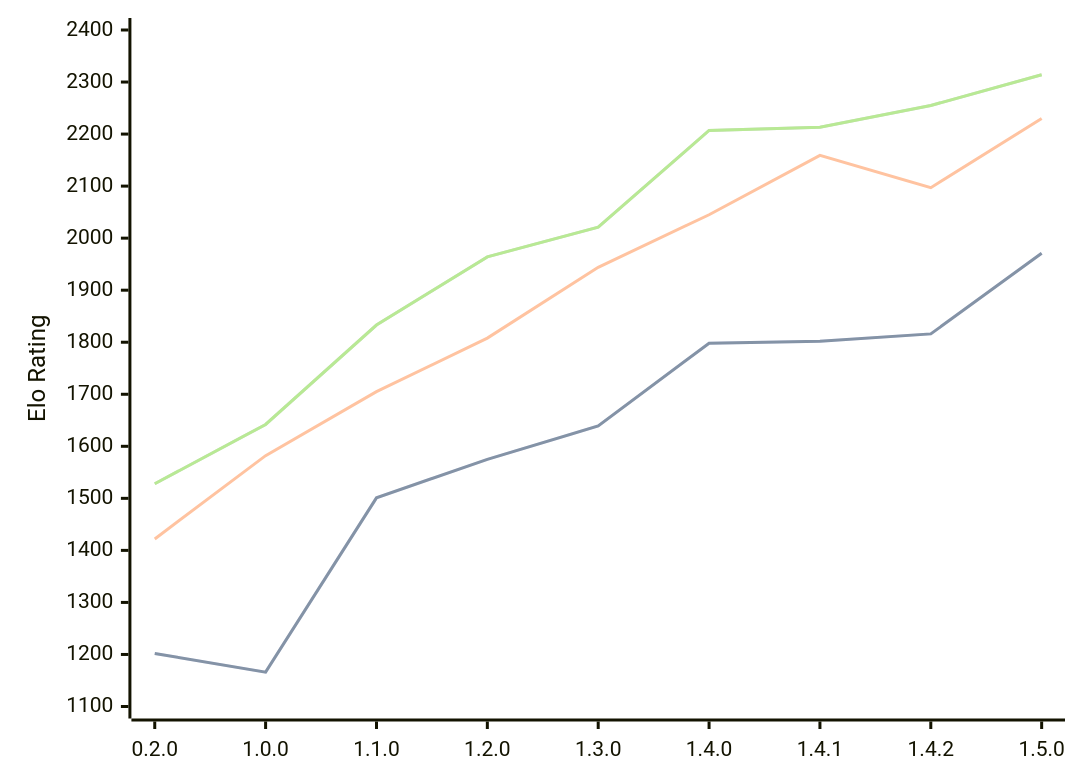
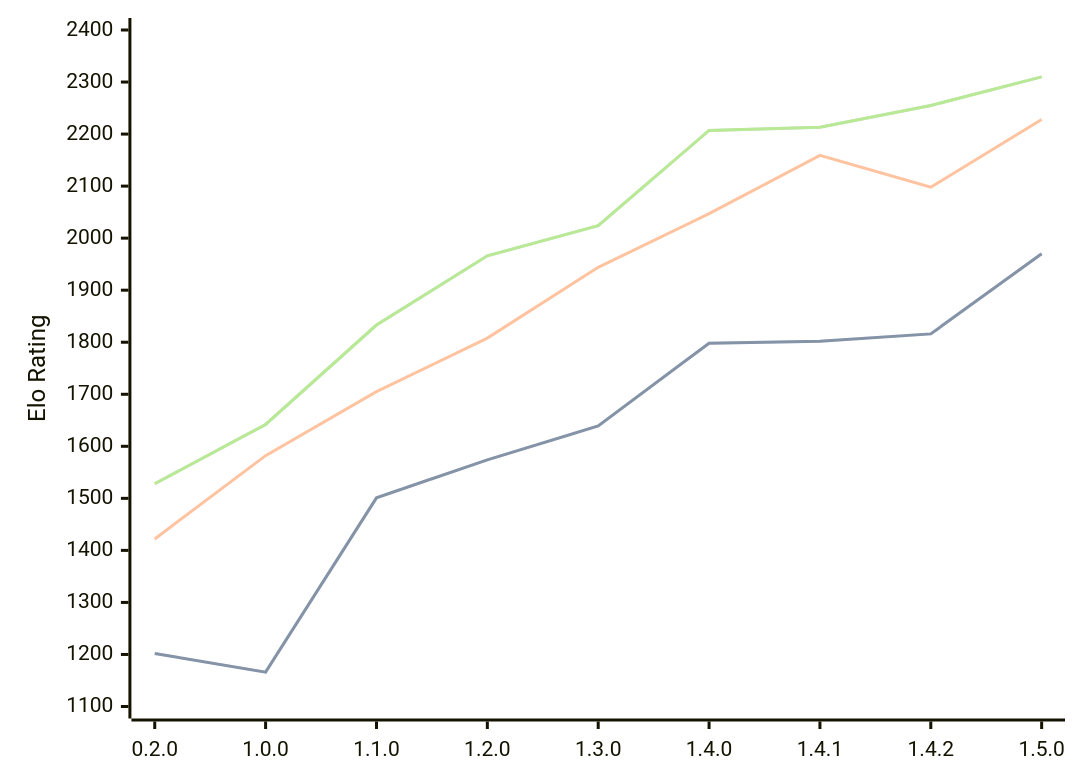
The diagram in engines/Zeppelin.md (computer-chess-index/cci), drawn with Mermaid before and after one commit. The commit also changed other lines of this file, not shown here.

Commit message:
Update CCI Ratings (ELO VLTC) - 2026-04-22

````diff
--- a/engines/Zeppelin.md
+++ b/engines/Zeppelin.md
@@ -41,11 +41,11 @@
 ```mermaid
 %%{init: {"theme":"base","themeVariables":{"seriesColors:['#a3a3a3','#222221','#faa371']}}}%%
 xychart-beta
   x-axis ["0.2.0", "1.0.0", "1.1.0", "1.2.0", "1.3.0", "1.4.0", "1.4.1", "1.4.2", "1.5.0"]
   y-axis "Elo Rating" 1100 --> 2400
-  line "STC (8.0+0.08s)" [1202, 1166, 1501, 1575, 1639, 1798, 1802, 1816, 1971]
-  line "STC (8.0+0.08s)" [1202, 1166, 1501, 1575, 1639, 1798, 1802, 1816, 1971]
-  line "LTC (60.0+0.60s)" [1422, 1582, 1705, 1808, 1944, 2045, 2159, 2097, 2230]
-  line "VLTC (2m24s+1.12s)" [1528, 1642, 1833, 1964, 2021, 2207, 2213, 2255, 2314]
-  line "VLTC (2m24s+1.12s)" [1528, 1642, 1833, 1964, 2021, 2207, 2213, 2255, 2314]
+  line "STC (8.0+0.08s)" [1202, 1166, 1501, 1574, 1639, 1798, 1802, 1816, 1970]
+  line "STC (8.0+0.08s)" [1202, 1166, 1501, 1574, 1639, 1798, 1802, 1816, 1970]
+  line "LTC (60.0+0.60s)" [1422, 1582, 1705, 1808, 1944, 2047, 2159, 2098, 2228]
+  line "VLTC (2m24s+1.12s)" [1528, 1642, 1833, 1966, 2024, 2207, 2213, 2255, 2310]
+  line "VLTC (2m24s+1.12s)" [1528, 1642, 1833, 1966, 2024, 2207, 2213, 2255, 2310]
 ```
````
